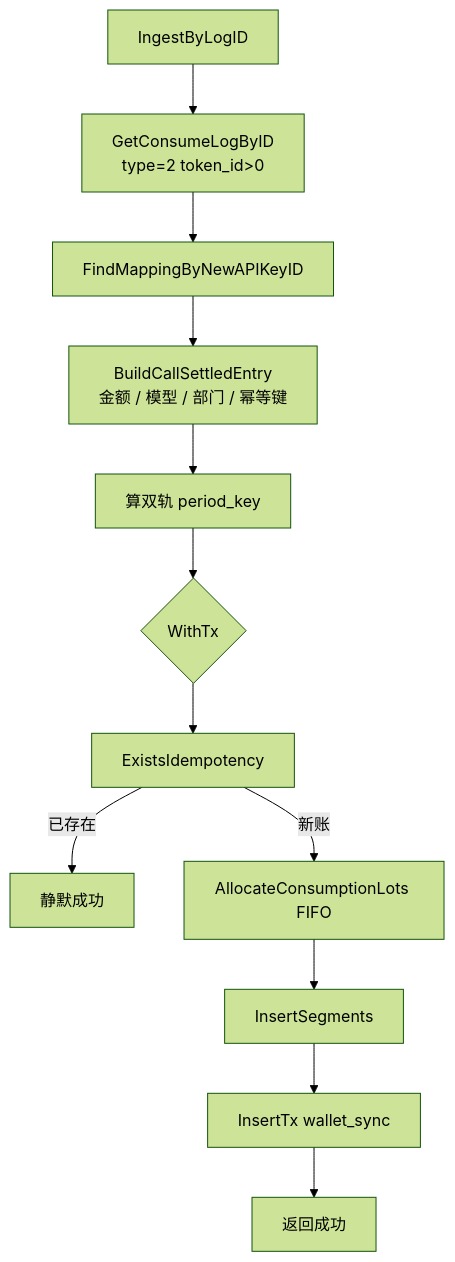
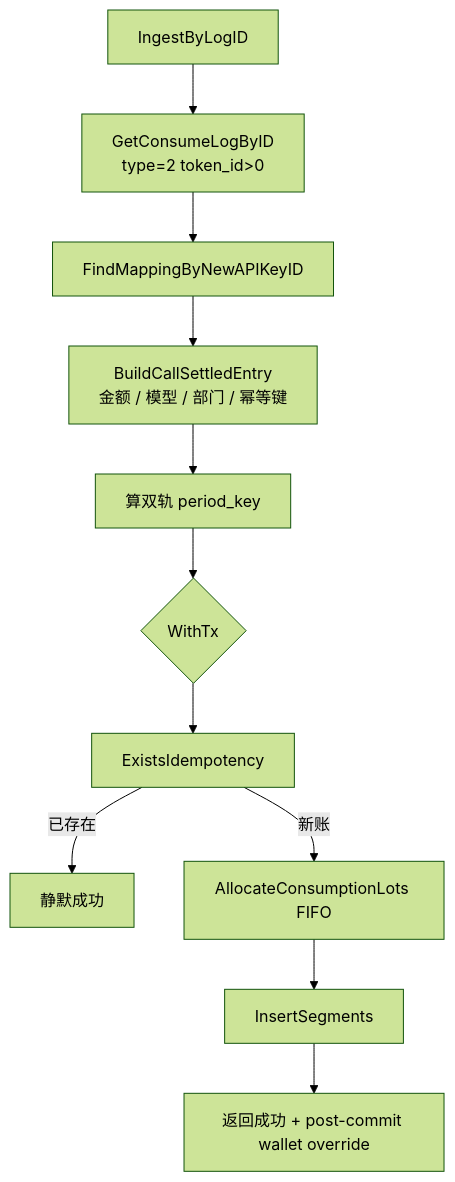
Before and after one commit to quyip8818/mytokenjoy: the sixth of 9 diagrams in apps/docs/Backend-Ingest架构.md, drawn with Mermaid (forest theme). The commit also changed other lines of this file and 23 other files, not shown here.

First line of the commit message:
feat(billing): realtime wallet sync via set_quota override

````diff
--- a/apps/docs/Backend-Ingest架构.md
+++ b/apps/docs/Backend-Ingest架构.md
@@ -248,14 +248,13 @@
 ```mermaid
 flowchart TB
   A[IngestByLogID] --> B[GetConsumeLogByID<br/>type=2 token_id>0]
   B --> C[FindMappingByNewAPIKeyID]
   C --> D[BuildCallSettledEntry<br/>金额 / 模型 / 部门 / 幂等键]
   D --> E[算双轨 period_key]
   E --> F{WithTx}
   F --> G[ExistsIdempotency]
   G -->|已存在| Z[静默成功]
   G -->|新账| H[AllocateConsumptionLots FIFO]
   H --> I[InsertSegments]
-  I --> J[InsertTx wallet_sync]
-  J --> Z2[返回成功]
+  I --> Z2[返回成功 + post-commit wallet override]
 ```
````
